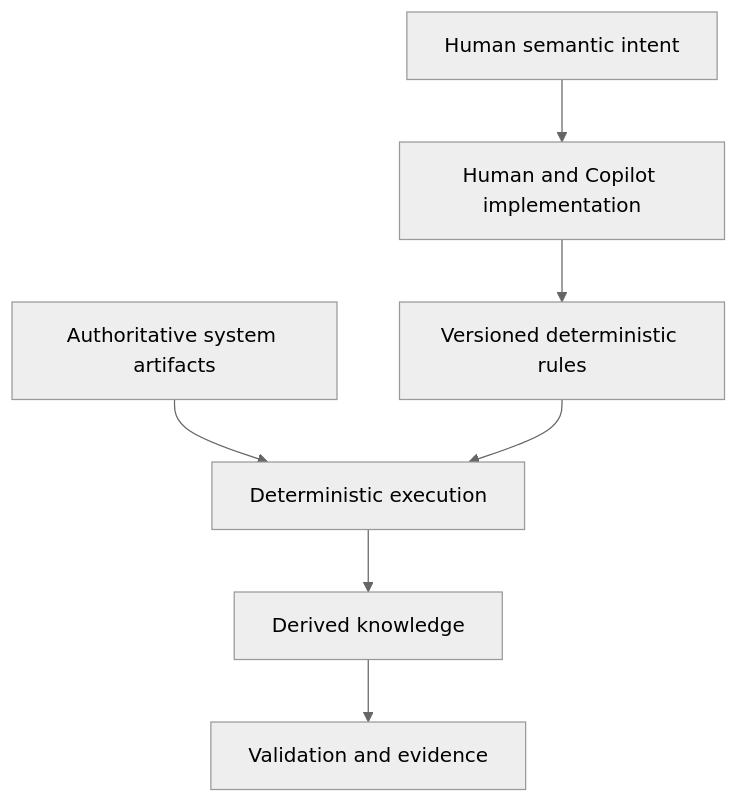
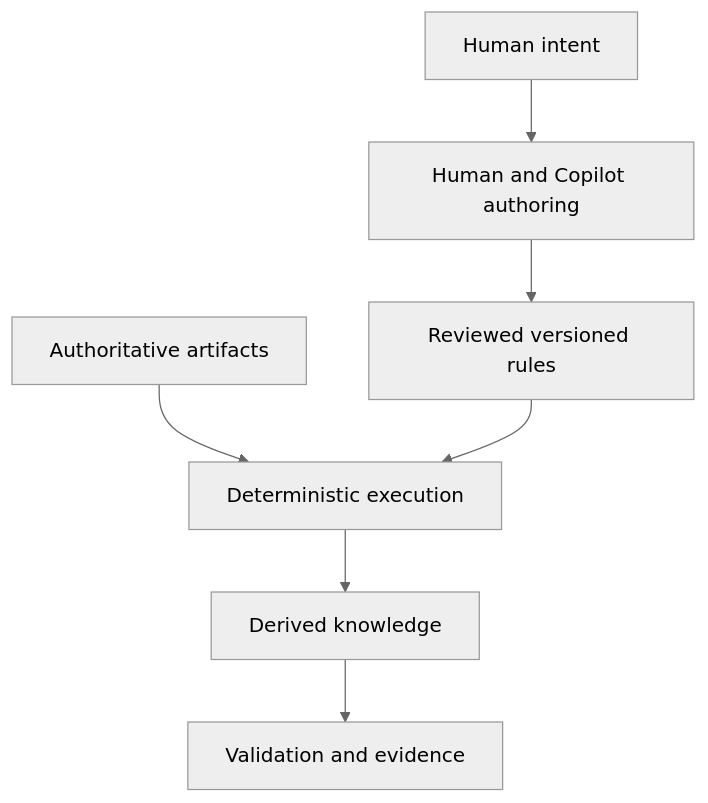
Before and after one commit to flowdigger/flowdigger.github.io: the seventh of 7 diagrams in docs/flowdigger-deterministic-knowledge-derivation.md, drawn with Mermaid (neutral theme). The commit also changed other lines of this file and 4 other files, not shown here.

````diff
--- a/docs/flowdigger-deterministic-knowledge-derivation.md
+++ b/docs/flowdigger-deterministic-knowledge-derivation.md
@@ -249,9 +421,9 @@
 ```mermaid
 flowchart TD
-    H[Human semantic intent] --> AI[Human and Copilot implementation]
-    AI --> R[Versioned deterministic rules]
-    S[Authoritative system artifacts] --> E[Deterministic execution]
+    H[Human intent] --> A[Human and Copilot authoring]
+    A --> R[Reviewed versioned rules]
+    S[Authoritative artifacts] --> E[Deterministic execution]
     R --> E
     E --> K[Derived knowledge]
     K --> V[Validation and evidence]
 ```
````
